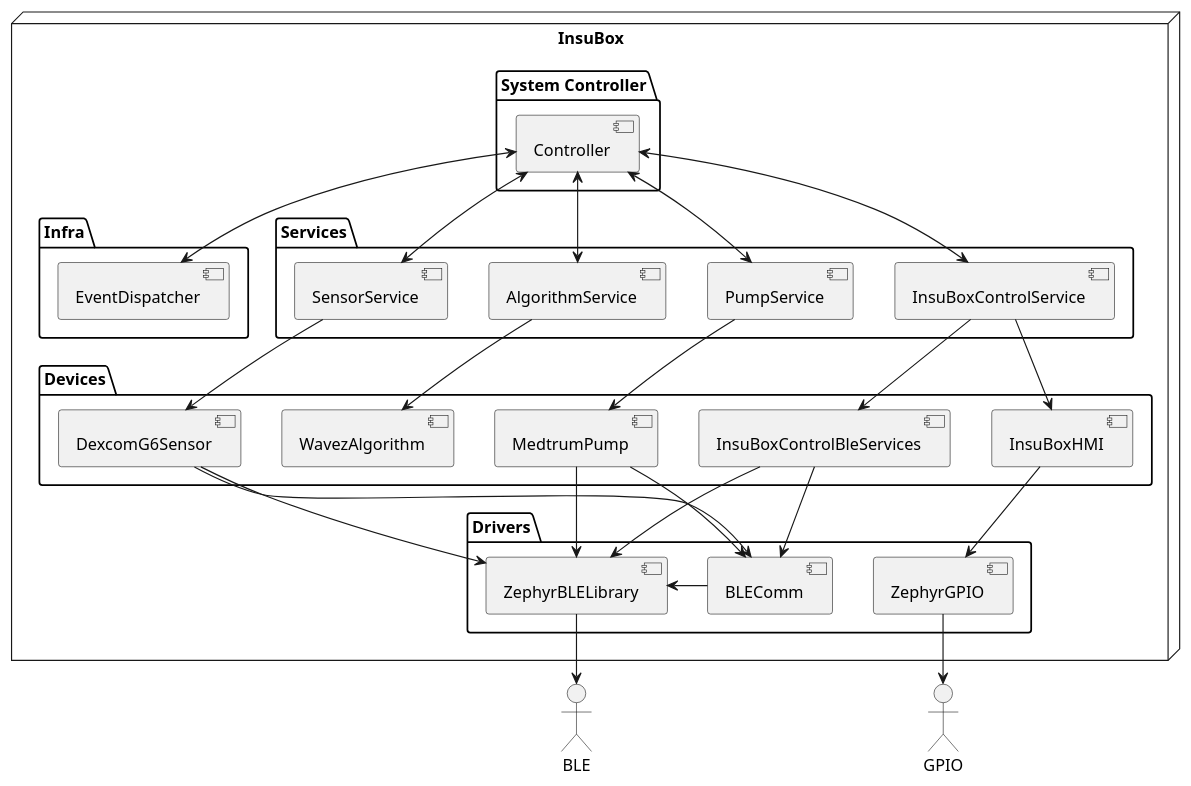
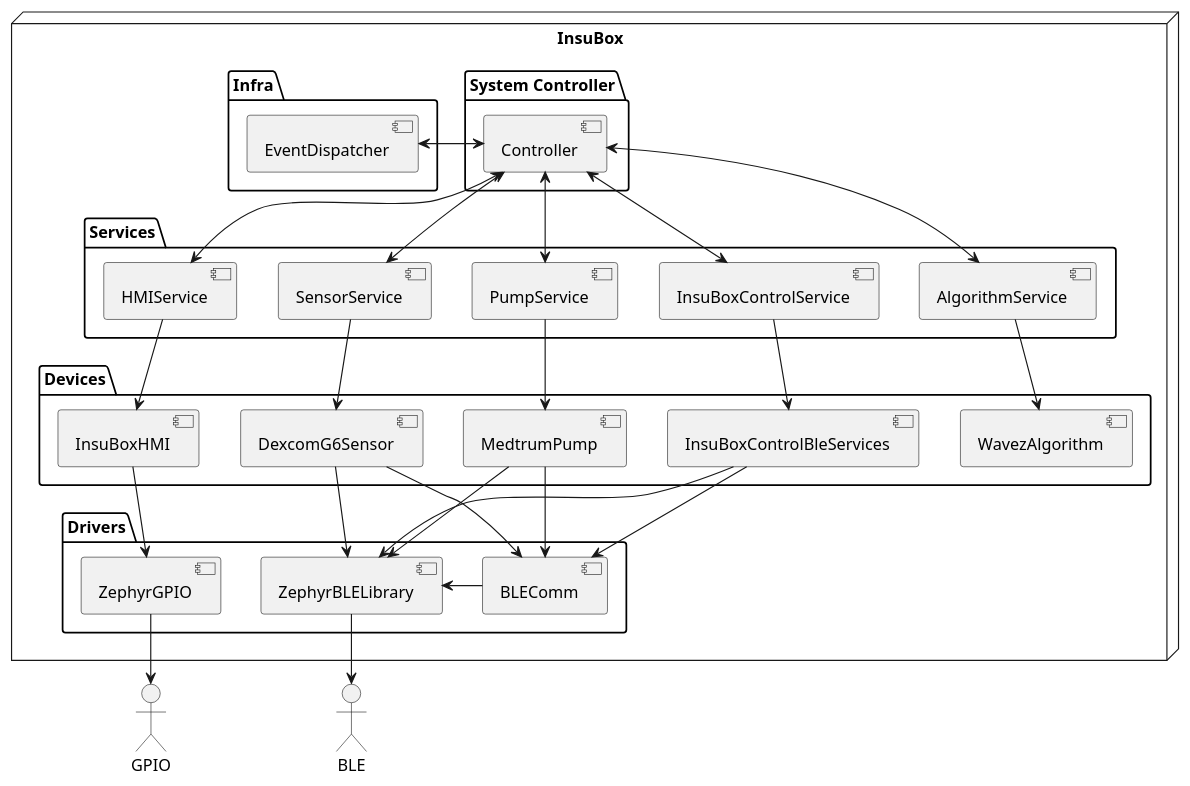
One commit to jbr7rr/insuBox changed the diagram in inline_umlgraph_pnghtml.pu. Above: the diagram before and after it, drawn with PlantUML. The commit also changed 1224 other files, not shown here.

```diff
--- a/inline_umlgraph_pnghtml.pu
+++ b/inline_umlgraph_pnghtml.pu
@@ -1,64 +1,66 @@
 @startuml inline_umlgraph_1.png
 node "InsuBox" {
     package "System Controller" {
         [Controller]
     }
 
     package "Infra" {
         [EventDispatcher]
     }
 
     package "Services" {
         [AlgorithmService]
         [PumpService]
         [SensorService]
         [InsuBoxControlService]
+        [HMIService]
     }
 
     package "Devices" {
         [WavezAlgorithm]
         [MedtrumPump]
         [DexcomG6Sensor]
         [InsuBoxControlBleServices]
         [InsuBoxHMI]
     }
 
     package "Drivers" {
         [BLEComm]
         [ZephyrBLELibrary]
         [ZephyrGPIO]
     }
 }
 
 ' System Controller
 Controller <-down-> PumpService
 Controller <-down-> SensorService
 Controller <-down-> InsuBoxControlService
 Controller <-down-> AlgorithmService
-Controller <--> EventDispatcher
+Controller <-down-> HMIService
+Controller <-left-> EventDispatcher
 
 ' Services
 AlgorithmService -down-> WavezAlgorithm
 PumpService -down-> MedtrumPump
 SensorService -down-> DexcomG6Sensor
 InsuBoxControlService -down-> InsuBoxControlBleServices
-InsuBoxControlService -down-> InsuBoxHMI
+HMIService -down-> InsuBoxHMI
 
 ' Devices
 MedtrumPump -down-> BLEComm
 MedtrumPump -down-> ZephyrBLELibrary
 DexcomG6Sensor -down-> BLEComm
 DexcomG6Sensor -down-> ZephyrBLELibrary
 InsuBoxControlBleServices -down-> BLEComm
 InsuBoxControlBleServices -down-> ZephyrBLELibrary
 InsuBoxHMI -down-> ZephyrGPIO
 
 ' Peripherals
 actor BLE as "BLE"
 actor GPIO as "GPIO"
 
 ' Drivers
 BLEComm -> ZephyrBLELibrary
 ZephyrBLELibrary -down-> BLE
 ZephyrGPIO -down-> GPIO
 @enduml
```
